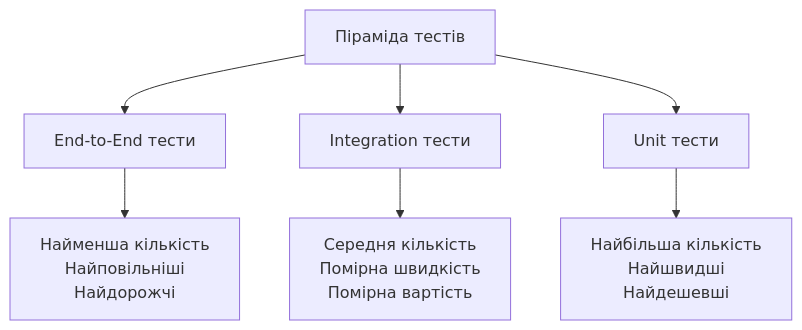
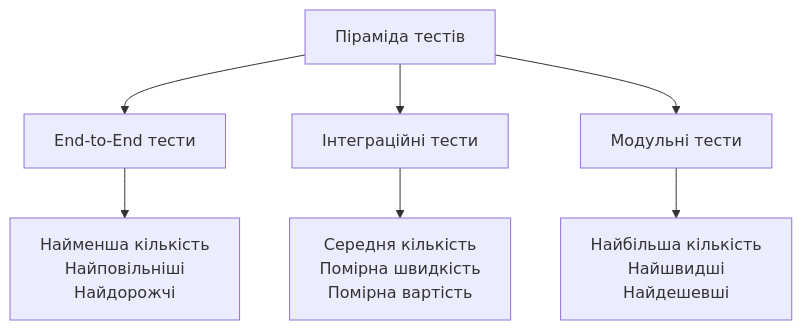
One commit to olroi421/course-opi-v2 changed the first of 5 diagrams in lectures/lecture-12.md. Above: the diagram before and after it, drawn with Mermaid. The commit also changed other lines of this file and 9 other files, not shown here.

````diff
--- a/lectures/lecture-12.md
+++ b/lectures/lecture-12.md
@@ -43,10 +64,10 @@
 ```mermaid
 graph TB
     A[Піраміда тестів] --> B[End-to-End тести]
-    A --> C[Integration тести]
-    A --> D[Unit тести]
+    A --> C[Інтеграційні тести]
+    A --> D[Модульні тести]
 
     B --> E[Найменша кількість<br/>Найповільніші<br/>Найдорожчі]
     C --> F[Середня кількість<br/>Помірна швидкість<br/>Помірна вартість]
     D --> G[Найбільша кількість<br/>Найшвидші<br/>Найдешевші]
 ```
````
